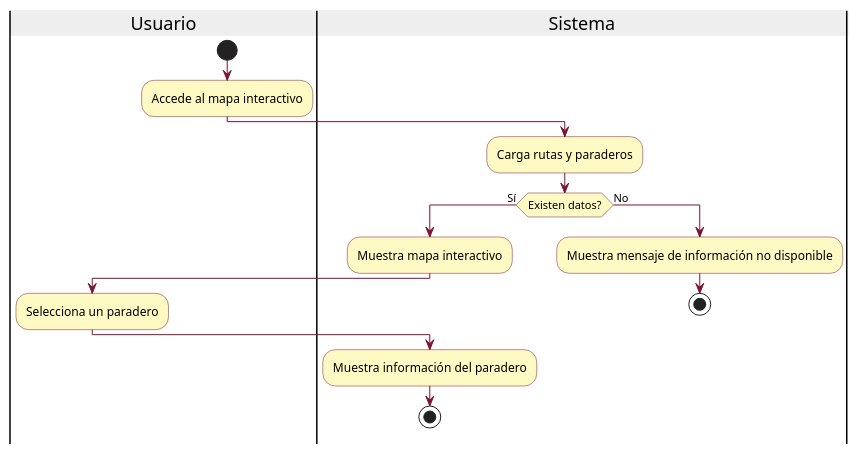
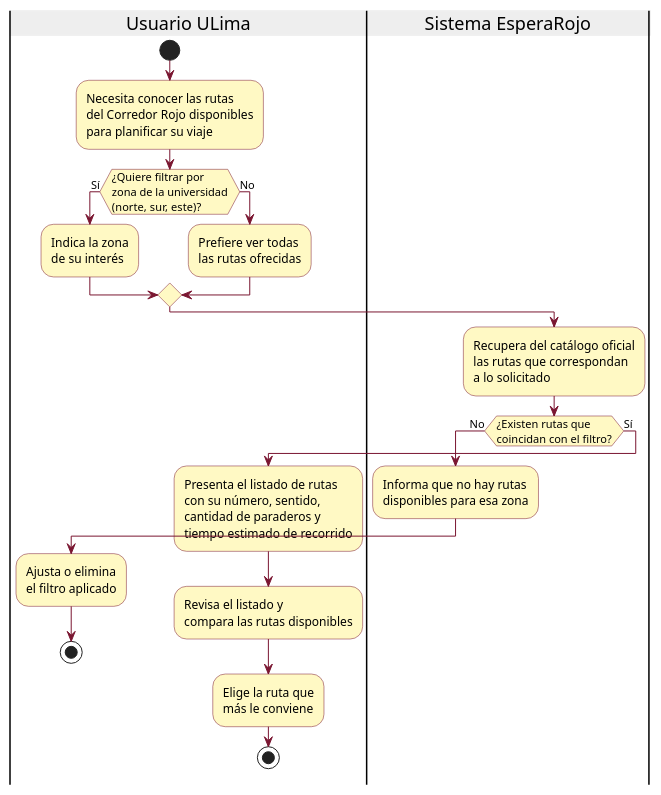
One commit to AndreCabrejos/diagramas-uml changed the diagram in flujo de casos/actividad2.puml. Above: the diagram before and after it, drawn with PlantUML. The commit also changed 14 other files, not shown here.

```diff
--- a/flujo de casos/actividad2.puml
+++ b/flujo de casos/actividad2.puml
@@ -1,35 +1,37 @@
-@startuml
+@startuml "Actividad 2 - Proceso de Negocio: Explorar el Catalogo de Rutas del Corredor Rojo"
 skinparam SwimlaneTitleBackgroundColor #EEE
 skinparam ActivityBackgroundColor #FFF9C4
 skinparam ActivityBorderColor #7A1631
 skinparam Arrow {
   Color #7A1631
 }
 
-|Usuario|
+|Usuario ULima|
 start
-:Accede al mapa interactivo;
+:Necesita conocer las rutas\ndel Corredor Rojo disponibles\npara planificar su viaje;
 
-|Sistema|
-:Carga rutas y paraderos;
-
-if (Existen datos?) then (Sí)
-
-  :Muestra mapa interactivo;
-
-  |Usuario|
-  :Selecciona un paradero;
-
-  |Sistema|
-  :Muestra información del paradero;
-
-  stop
-
+if (¿Quiere filtrar por\nzona de la universidad\n(norte, sur, este)?) then (Sí)
+  :Indica la zona\nde su interés;
 else (No)
-
-  :Muestra mensaje de información no disponible;
-  stop
-
+  :Prefiere ver todas\nlas rutas ofrecidas;
 endif
 
+|Sistema EsperaRojo|
+:Recupera del catálogo oficial\nlas rutas que correspondan\na lo solicitado;
+
+if (¿Existen rutas que\ncoincidan con el filtro?) then (No)
+  :Informa que no hay rutas\ndisponibles para esa zona;
+  |Usuario ULima|
+  :Ajusta o elimina\nel filtro aplicado;
+  stop
+else (Sí)
+  :Presenta el listado de rutas\ncon su número, sentido,\ncantidad de paraderos y\ntiempo estimado de recorrido;
+
+  |Usuario ULima|
+  :Revisa el listado y\ncompara las rutas disponibles;
+  :Elige la ruta que\nmás le conviene;
+  stop
+endif
+
+
 @enduml
```
